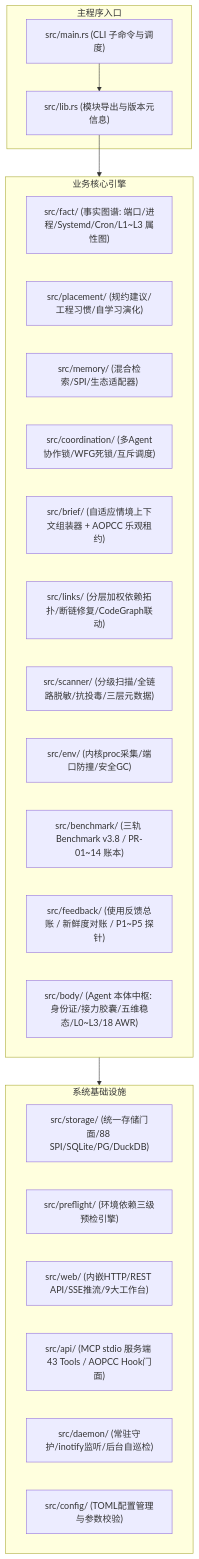
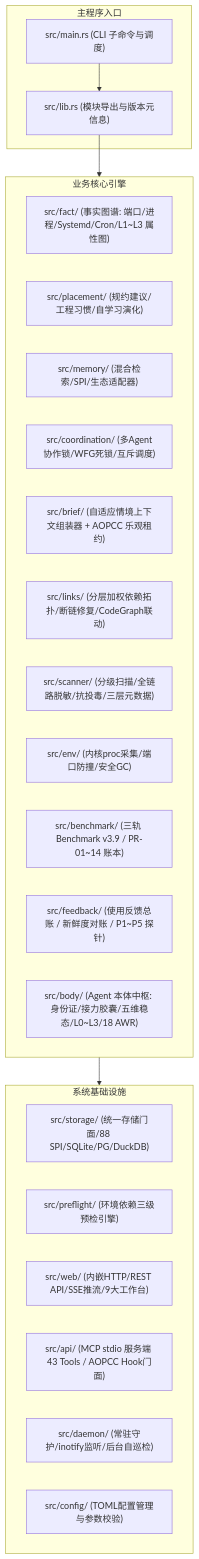
The first of 2 diagrams in docs/arch/02-for-developers.md (digoal/agent-body), drawn with Mermaid before and after one commit. The commit also changed other lines of this file and 34 other files, not shown here.

````diff
--- a/docs/arch/02-for-developers.md
+++ b/docs/arch/02-for-developers.md
@@ -13,34 +13,34 @@
 ```mermaid
 graph TD
     subgraph MainApp["主程序入口"]
         M["src/main.rs (CLI 子命令与调度)"]
         L["src/lib.rs (模块导出与版本元信息)"]
     end
 
         subgraph CoreEngines["业务核心引擎"]
             FACT["src/fact/ (事实图谱: 端口/进程/Systemd/Cron/L1~L3 属性图)"]
             PLACE["src/placement/ (规约建议/工程习惯/自学习演化)"]
             MEM["src/memory/ (混合检索/SPI/生态适配器)"]
             COORD["src/coordination/ (多Agent协作锁/WFG死锁/互斥调度)"]
             BRIEF["src/brief/ (自适应情境上下文组装器 + AOPCC 乐观租约)"]
             LINKS["src/links/ (分层加权依赖拓扑/断链修复/CodeGraph联动)"]
             SCAN["src/scanner/ (分级扫描/全链路脱敏/抗投毒/三层元数据)"]
             ENV["src/env/ (内核proc采集/端口防撞/安全GC)"]
-            BENCH["src/benchmark/ (三轨 Benchmark v3.8 / PR-01~14 账本)"]
+            BENCH["src/benchmark/ (三轨 Benchmark v3.9 / PR-01~14 账本)"]
             FB["src/feedback/ (使用反馈总账 / 新鲜度对账 / P1~P5 探针)"]
             BODY["src/body/ (Agent 本体中枢: 身份证/接力胶囊/五维稳态/L0~L3/18 AWR)"]
         end
 
     subgraph Infrastructure["系统基础设施"]
         STORAGE["src/storage/ (统一存储门面/88 SPI/SQLite/PG/DuckDB)"]
         PRE["src/preflight/ (环境依赖三级预检引擎)"]
         WEB["src/web/ (内嵌HTTP/REST API/SSE推流/9大工作台)"]
         MCP["src/api/ (MCP stdio 服务端 43 Tools / AOPCC Hook门面)"]
         DAEMON["src/daemon/ (常驻守护/inotify监听/后台自巡检)"]
         CFG["src/config/ (TOML配置管理与参数校验)"]
     end
 
     M --> L
     L --> CoreEngines
     CoreEngines --> Infrastructure
 ```
````
